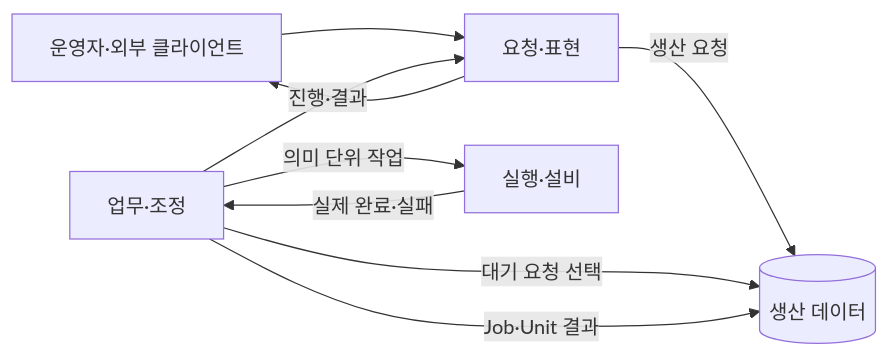
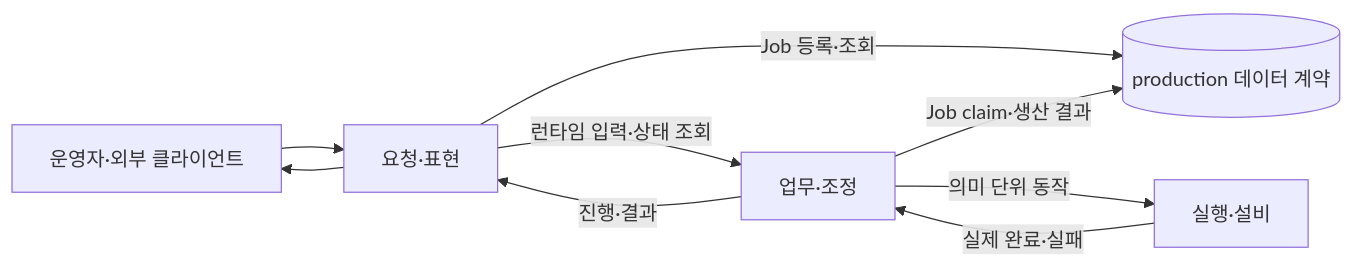
One commit to eduwing-robotics/ros2-ai-cobot-repo1 changed the diagram in docs/architecture/index.md. Above: the diagram before and after it, drawn with Mermaid. The commit also changed other lines of this file and 14 other files, not shown here.

````diff
--- a/docs/architecture/index.md
+++ b/docs/architecture/index.md
@@ -7,17 +17,17 @@
 ```mermaid
 flowchart LR
     O[운영자·외부 클라이언트]
     P[요청·표현]
     C[업무·조정]
     E[실행·설비]
-    D[(생산 데이터)]
+    D[(production 데이터 계약)]
 
     O --> P
-    P -->|생산 요청| D
-    C -->|대기 요청 선택| D
-    C -->|의미 단위 작업| E
+    P -->|Job 등록·조회| D
+    P -->|런타임 입력·상태 조회| C
+    C -->|Job claim·생산 결과| D
+    C -->|의미 단위 동작| E
     E -->|실제 완료·실패| C
-    C -->|Job·Unit 결과| D
     C -->|진행·결과| P
     P --> O
 ```
````
